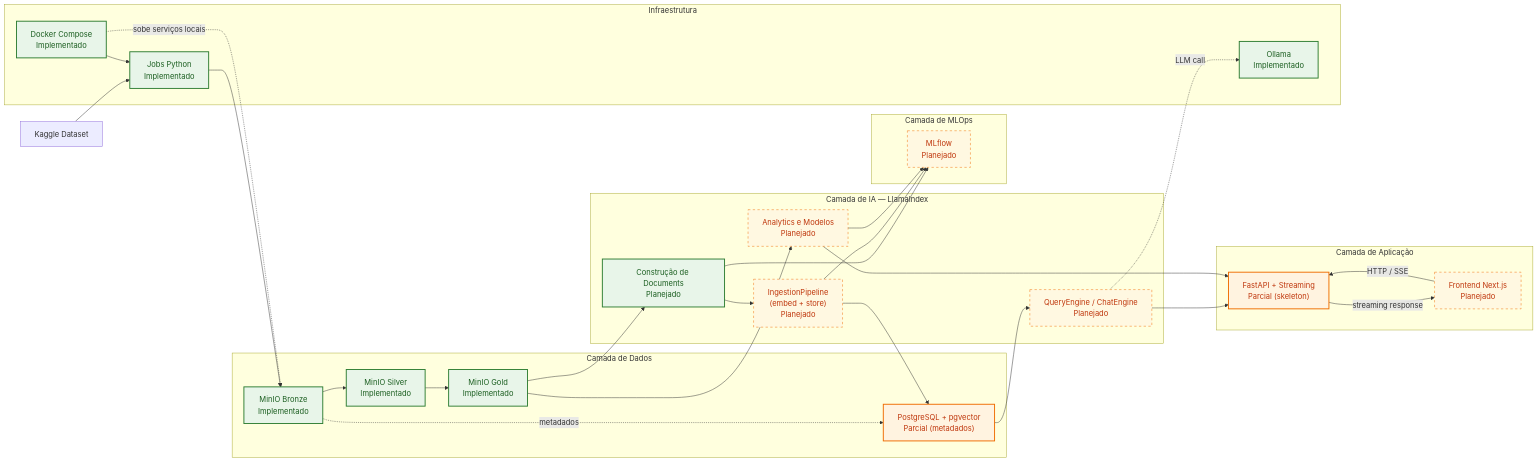
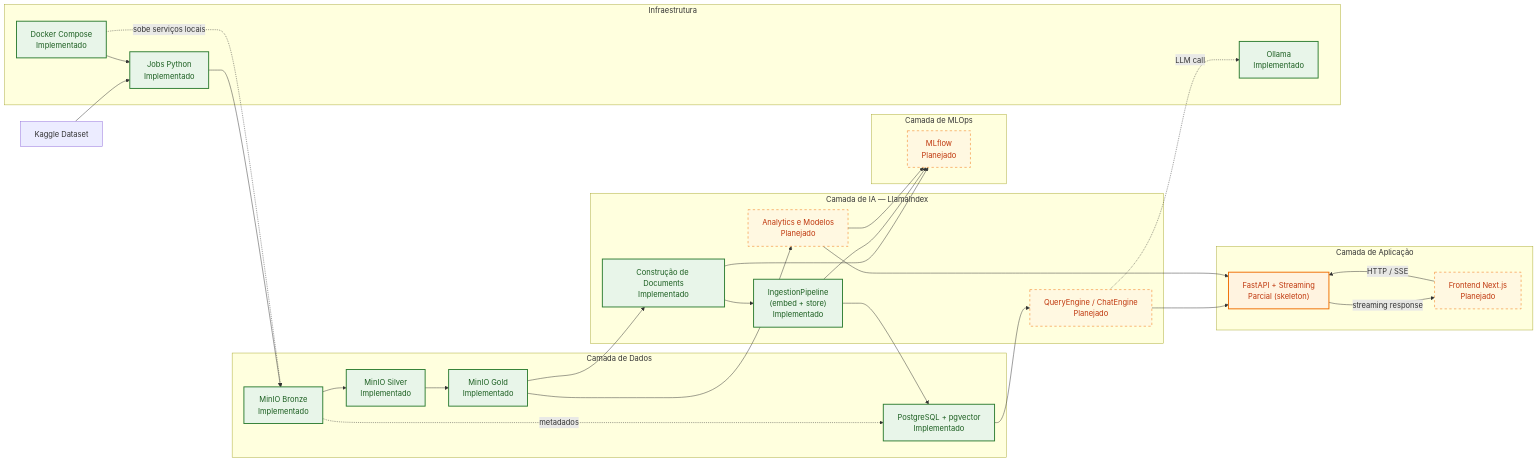
One commit to pedroandrade03/rag-intelligence changed the first of 4 diagrams in README.md. Above: the diagram before and after it, drawn with Mermaid. The commit also changed other lines of this file and 23 other files, not shown here.

Commit message:
feat: implement PB05-PB08 RAG pipeline

````diff
--- a/README.md
+++ b/README.md
@@ -47,54 +47,54 @@
 ```mermaid
 flowchart LR
     kaggle["Kaggle Dataset"]
 
     subgraph dados[Camada de Dados]
         bronze["MinIO Bronze<br/>Implementado"]
         silver["MinIO Silver<br/>Implementado"]
         gold["MinIO Gold<br/>Implementado"]
-        pg["PostgreSQL + pgvector<br/>Parcial (metadados)"]
+        pg["PostgreSQL + pgvector<br/>Implementado"]
     end
 
     subgraph ia[Camada de IA — LlamaIndex]
-        fe["Construção de Documents<br/>Planejado"]
-        ingest["IngestionPipeline<br/>(embed + store)<br/>Planejado"]
+        fe["Construção de Documents<br/>Implementado"]
+        ingest["IngestionPipeline<br/>(embed + store)<br/>Implementado"]
         rag["QueryEngine / ChatEngine<br/>Planejado"]
         ml["Analytics e Modelos<br/>Planejado"]
     end
 
     subgraph app[Camada de Aplicação]
         api["FastAPI + Streaming<br/>Parcial (skeleton)"]
         frontend["Frontend Next.js<br/>Planejado"]
     end
 
     subgraph mlops[Camada de MLOps]
         mlflow["MLflow<br/>Planejado"]
     end
 
     subgraph infra[Infraestrutura]
         compose["Docker Compose<br/>Implementado"]
         importer["Jobs Python<br/>Implementado"]
         ollama["Ollama<br/>Implementado"]
     end
 
     kaggle --> importer --> bronze --> silver --> gold
     bronze -. metadados .-> pg
     gold --> fe --> ingest --> pg
     pg --> rag --> api
     rag -.->|"LLM call"| ollama
     gold --> ml --> api
     frontend -->|"HTTP / SSE"| api
     api -->|"streaming response"| frontend
     fe --> mlflow
     ingest --> mlflow
     ml --> mlflow
     compose --> importer
     compose -. sobe serviços locais .-> bronze
 
     classDef implemented fill:#e8f5e9,stroke:#2e7d32,color:#1b5e20,stroke-width:2px;
     classDef planned fill:#fff8e1,stroke:#ef6c00,color:#bf360c,stroke-dasharray: 5 5;
     classDef partial fill:#fff3e0,stroke:#ef6c00,color:#bf360c,stroke-width:2px;
-    class bronze,compose,importer,silver,gold,fe,ollama implemented;
-    class pg,api partial;
-    class ingest,rag,ml,frontend,mlflow planned;
+    class bronze,compose,importer,silver,gold,pg,fe,ingest,ollama implemented;
+    class api partial;
+    class rag,ml,frontend,mlflow planned;
 ```
````
